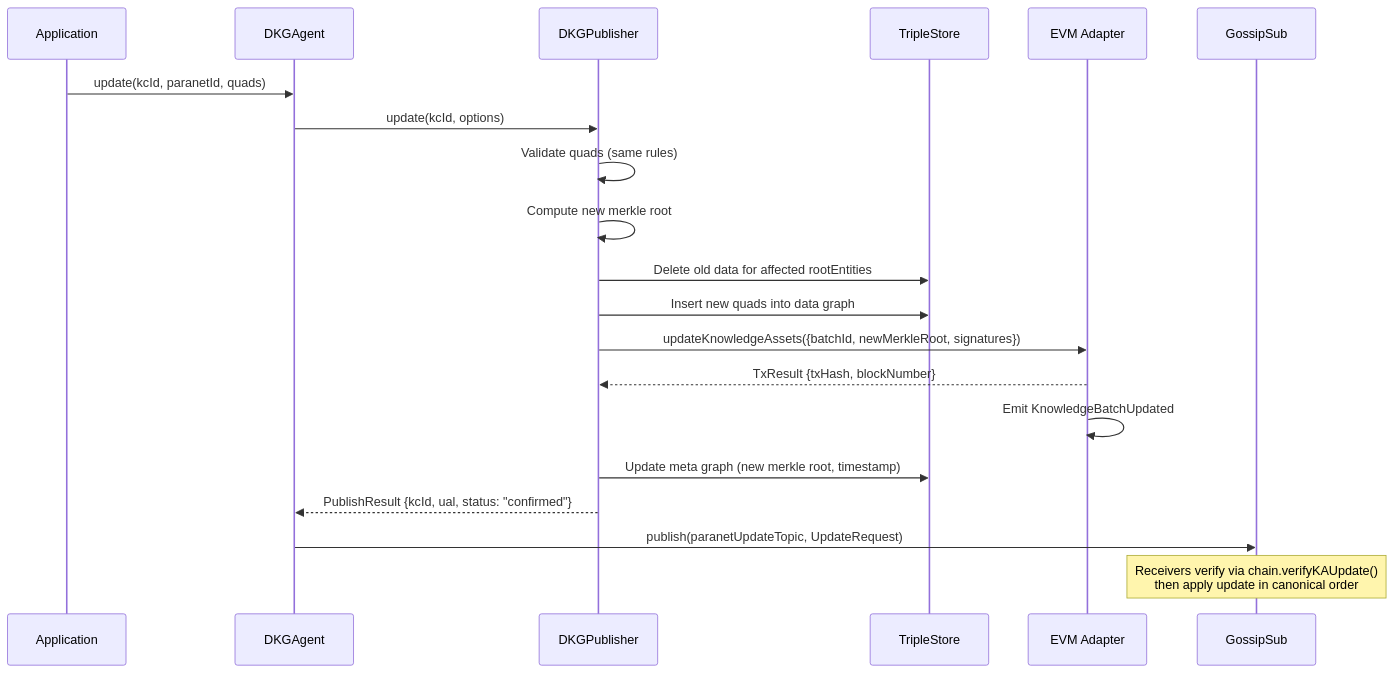
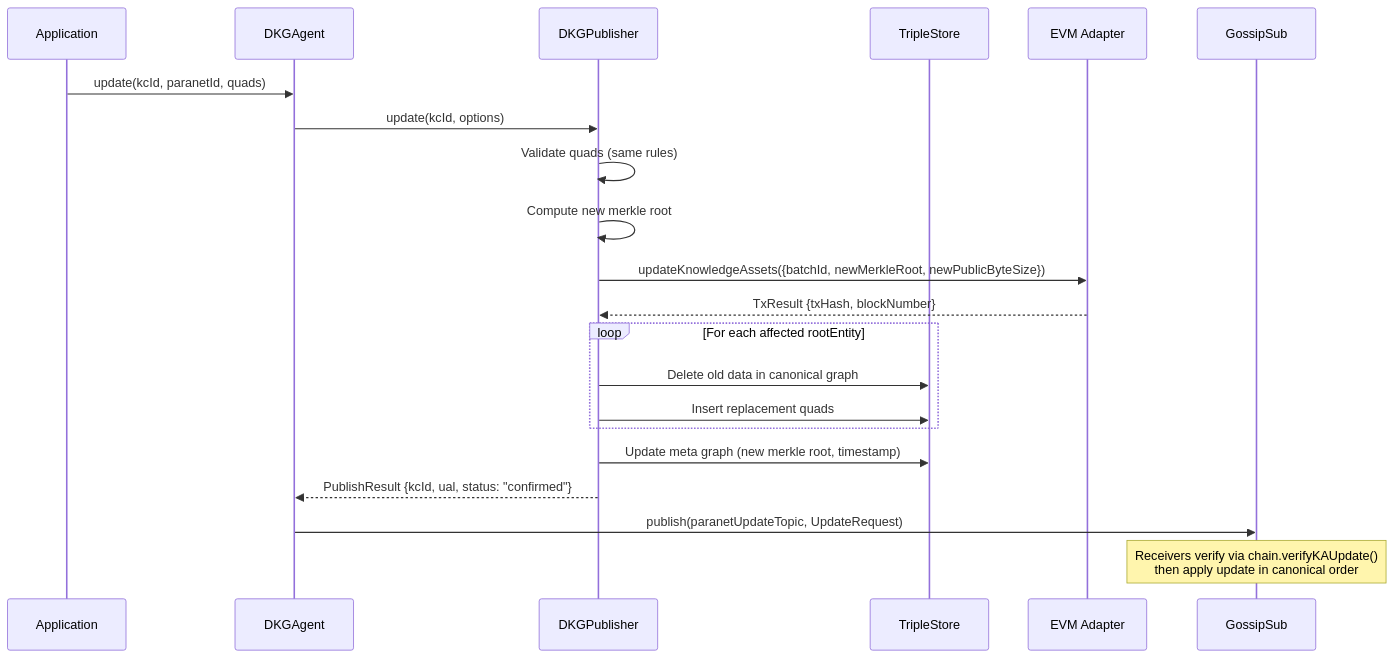
The sixth of 15 diagrams in docs/v9-protocol-operations.md (OriginTrail/dkg), drawn with Mermaid before and after one commit. The commit also changed other lines of this file, not shown here.

````diff
--- a/docs/v9-protocol-operations.md
+++ b/docs/v9-protocol-operations.md
@@ -369,30 +441,31 @@
 ```mermaid
 sequenceDiagram
     participant App as Application
     participant Agent as DKGAgent
     participant Pub as DKGPublisher
     participant Store as TripleStore
     participant Chain as EVM Adapter
     participant GS as GossipSub
 
     App->>Agent: update(kcId, paranetId, quads)
 
     Agent->>Pub: update(kcId, options)
 
     Pub->>Pub: Validate quads (same rules)
     Pub->>Pub: Compute new merkle root
 
-    Pub->>Store: Delete old data for affected rootEntities
-    Pub->>Store: Insert new quads into data graph
+    Pub->>Chain: updateKnowledgeAssets({batchId, newMerkleRoot, newPublicByteSize})
+    Chain-->>Pub: TxResult {txHash, blockNumber}
 
-    Pub->>Chain: updateKnowledgeAssets({batchId, newMerkleRoot, signatures})
-    Chain-->>Pub: TxResult {txHash, blockNumber}
-    Chain->>Chain: Emit KnowledgeBatchUpdated
+    loop For each affected rootEntity
+        Pub->>Store: Delete old data in canonical graph
+        Pub->>Store: Insert replacement quads
+    end
 
     Pub->>Store: Update meta graph (new merkle root, timestamp)
     Pub-->>Agent: PublishResult {kcId, ual, status: "confirmed"}
 
     Agent->>GS: publish(paranetUpdateTopic, UpdateRequest)
 
     Note over GS: Receivers verify via chain.verifyKAUpdate()<br/>then apply update in canonical order
 ```
````
